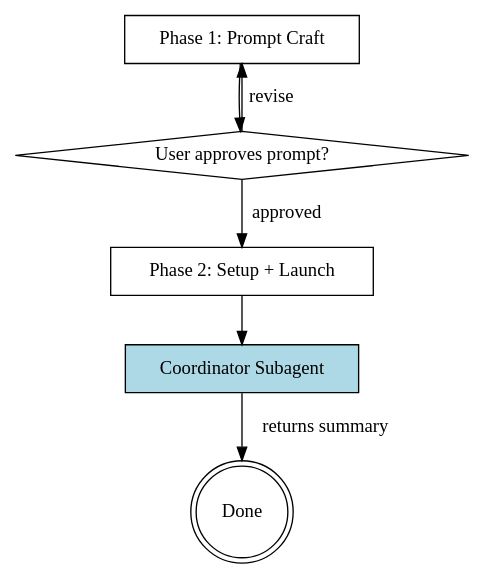
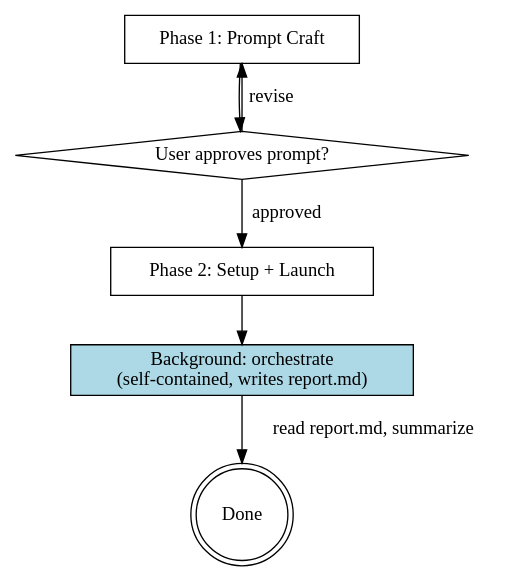
One commit to Blevene/giga-research-skill changed the diagram in SKILL.md. Above: the diagram before and after it, drawn with Graphviz. The commit also changed other lines of this file and 4 other files, not shown here.

First line of the commit message:
feat: synthesize report.md inside the pipeline; retire the coordinator subagent

````diff
--- a/SKILL.md
+++ b/SKILL.md
@@ -103,16 +104,16 @@
 ```dot
 digraph workflow {
     rankdir=TB;
     "Phase 1: Prompt Craft" [shape=box];
     "User approves prompt?" [shape=diamond];
     "Phase 2: Setup + Launch" [shape=box];
-    "Coordinator Subagent" [shape=box, style=filled, fillcolor=lightblue];
+    "Background: orchestrate\n(self-contained, writes report.md)" [shape=box, style=filled, fillcolor=lightblue];
     "Done" [shape=doublecircle];
 
     "Phase 1: Prompt Craft" -> "User approves prompt?";
     "User approves prompt?" -> "Phase 1: Prompt Craft" [label="revise"];
     "User approves prompt?" -> "Phase 2: Setup + Launch" [label="approved"];
-    "Phase 2: Setup + Launch" -> "Coordinator Subagent";
-    "Coordinator Subagent" -> "Done" [label="returns summary"];
+    "Phase 2: Setup + Launch" -> "Background: orchestrate\n(self-contained, writes report.md)";
+    "Background: orchestrate\n(self-contained, writes report.md)" -> "Done" [label="read report.md, summarize"];
 }
 ```
````
